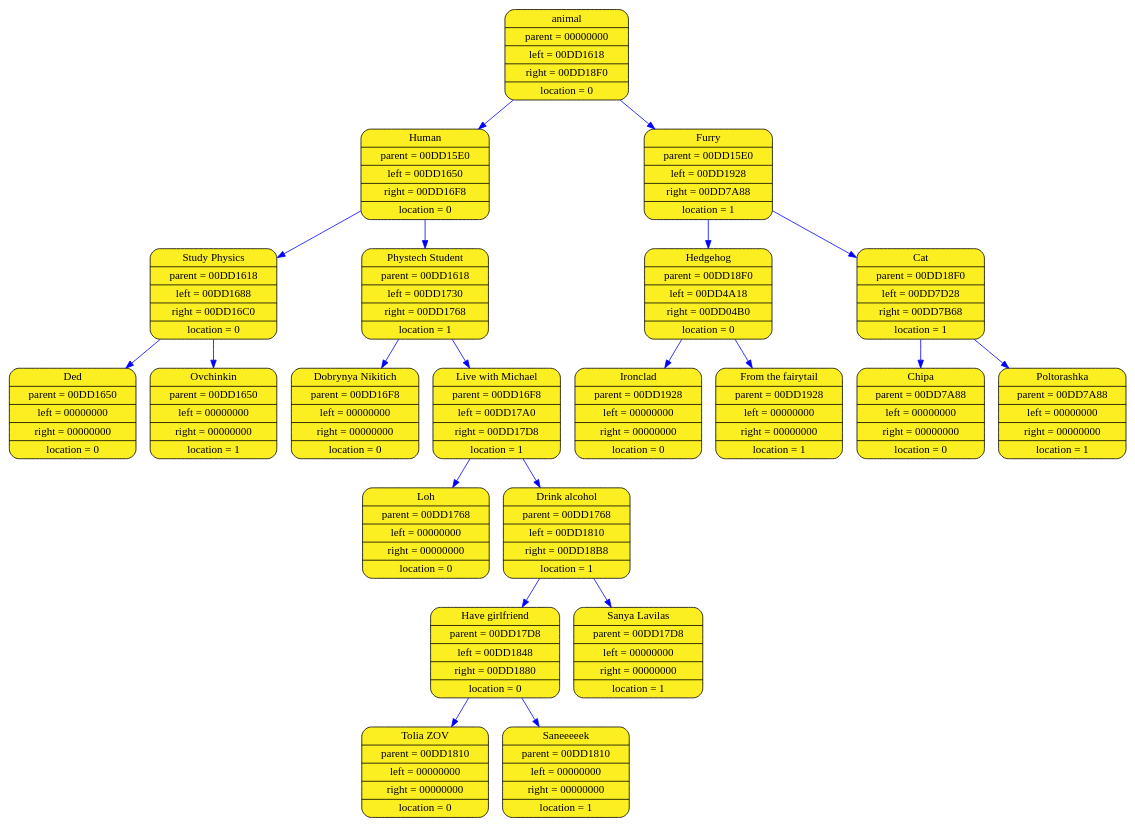
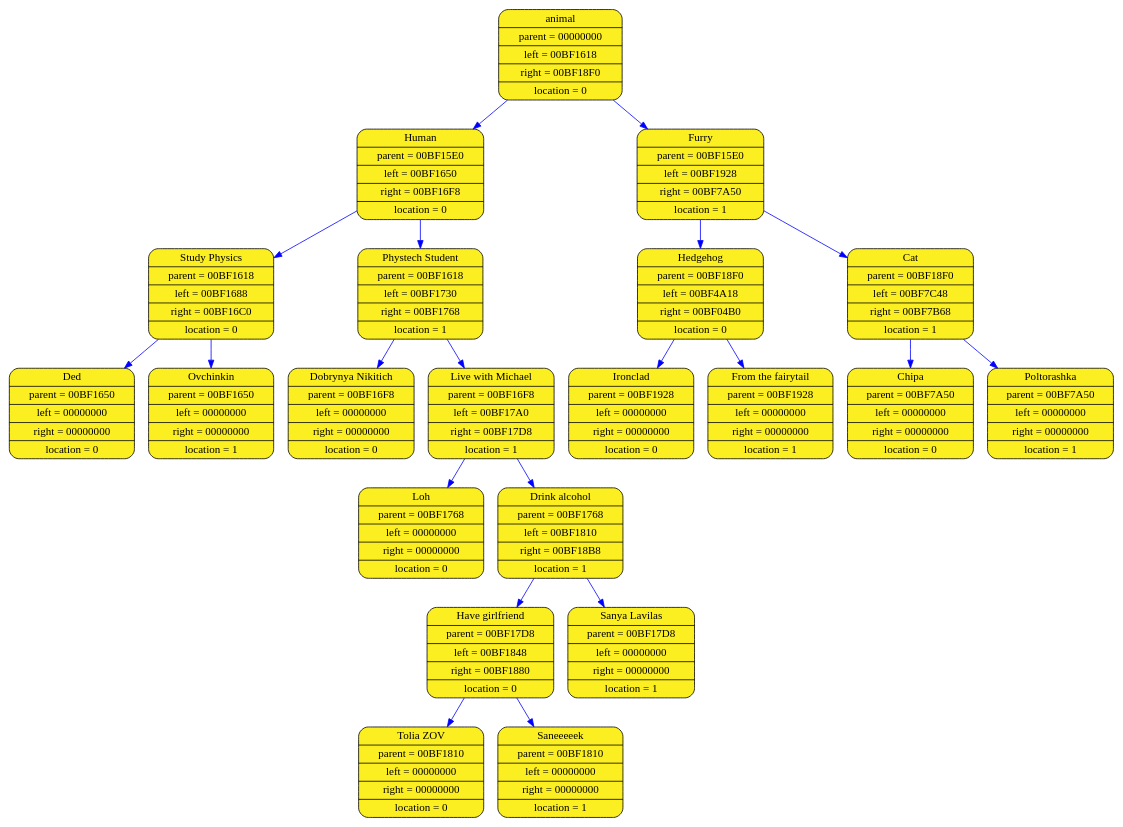
The diagram in log_folder_acinator/acinator_graph.dot (aywert/ACINATOR), drawn with Graphviz before and after one commit. The commit also changed 2 other files, not shown here.

```diff
--- a/log_folder_acinator/acinator_graph.dot
+++ b/log_folder_acinator/acinator_graph.dot
@@ -1,45 +1,45 @@
 digraph list
 {
 rankdir=HR;
-	14489060 [shape = Mrecord; style = filled; fillcolor="#FBEE21"; color = "#000000"; fontcolor = "#000000"; label = "{ animal| parent = 00000000| left = 00DD1618| right = 00DD18F0| location = 0}"];
-	14489116 [shape = Mrecord; style = filled; fillcolor="#FBEE21"; color = "#000000"; fontcolor = "#000000"; label = "{ Human| parent = 00DD15E0| left = 00DD1650| right = 00DD16F8| location = 0}"];
-	14489060 -> 14489116 [color="blue"]
-	14489172 [shape = Mrecord; style = filled; fillcolor="#FBEE21"; color = "#000000"; fontcolor = "#000000"; label = "{ Study Physics| parent = 00DD1618| left = 00DD1688| right = 00DD16C0| location = 0}"];
-	14489116 -> 14489172 [color="blue"]
-	14489228 [shape = Mrecord; style = filled; fillcolor="#FBEE21"; color = "#000000"; fontcolor = "#000000"; label = "{ Ded| parent = 00DD1650| left = 00000000| right = 00000000| location = 0}"];
-	14489172 -> 14489228 [color="blue"]
-	14489284 [shape = Mrecord; style = filled; fillcolor="#FBEE21"; color = "#000000"; fontcolor = "#000000"; label = "{ Ovchinkin| parent = 00DD1650| left = 00000000| right = 00000000| location = 1}"];
-	14489172 -> 14489284 [color="blue"]
-	14489340 [shape = Mrecord; style = filled; fillcolor="#FBEE21"; color = "#000000"; fontcolor = "#000000"; label = "{ Phystech Student| parent = 00DD1618| left = 00DD1730| right = 00DD1768| location = 1}"];
-	14489116 -> 14489340 [color="blue"]
-	14489396 [shape = Mrecord; style = filled; fillcolor="#FBEE21"; color = "#000000"; fontcolor = "#000000"; label = "{ Dobrynya Nikitich| parent = 00DD16F8| left = 00000000| right = 00000000| location = 0}"];
-	14489340 -> 14489396 [color="blue"]
-	14489452 [shape = Mrecord; style = filled; fillcolor="#FBEE21"; color = "#000000"; fontcolor = "#000000"; label = "{ Live with Michael| parent = 00DD16F8| left = 00DD17A0| right = 00DD17D8| location = 1}"];
-	14489340 -> 14489452 [color="blue"]
-	14489508 [shape = Mrecord; style = filled; fillcolor="#FBEE21"; color = "#000000"; fontcolor = "#000000"; label = "{ Loh| parent = 00DD1768| left = 00000000| right = 00000000| location = 0}"];
-	14489452 -> 14489508 [color="blue"]
-	14489564 [shape = Mrecord; style = filled; fillcolor="#FBEE21"; color = "#000000"; fontcolor = "#000000"; label = "{ Drink alcohol| parent = 00DD1768| left = 00DD1810| right = 00DD18B8| location = 1}"];
-	14489452 -> 14489564 [color="blue"]
-	14489620 [shape = Mrecord; style = filled; fillcolor="#FBEE21"; color = "#000000"; fontcolor = "#000000"; label = "{ Have girlfriend| parent = 00DD17D8| left = 00DD1848| right = 00DD1880| location = 0}"];
-	14489564 -> 14489620 [color="blue"]
-	14489676 [shape = Mrecord; style = filled; fillcolor="#FBEE21"; color = "#000000"; fontcolor = "#000000"; label = "{ Tolia ZOV| parent = 00DD1810| left = 00000000| right = 00000000| location = 0}"];
-	14489620 -> 14489676 [color="blue"]
-	14489732 [shape = Mrecord; style = filled; fillcolor="#FBEE21"; color = "#000000"; fontcolor = "#000000"; label = "{ Saneeeeek| parent = 00DD1810| left = 00000000| right = 00000000| location = 1}"];
-	14489620 -> 14489732 [color="blue"]
-	14489788 [shape = Mrecord; style = filled; fillcolor="#FBEE21"; color = "#000000"; fontcolor = "#000000"; label = "{ Sanya Lavilas| parent = 00DD17D8| left = 00000000| right = 00000000| location = 1}"];
-	14489564 -> 14489788 [color="blue"]
-	14489844 [shape = Mrecord; style = filled; fillcolor="#FBEE21"; color = "#000000"; fontcolor = "#000000"; label = "{ Furry| parent = 00DD15E0| left = 00DD1928| right = 00DD7A88| location = 1}"];
-	14489060 -> 14489844 [color="blue"]
-	14489900 [shape = Mrecord; style = filled; fillcolor="#FBEE21"; color = "#000000"; fontcolor = "#000000"; label = "{ Hedgehog| parent = 00DD18F0| left = 00DD4A18| right = 00DD04B0| location = 0}"];
-	14489844 -> 14489900 [color="blue"]
-	14502428 [shape = Mrecord; style = filled; fillcolor="#FBEE21"; color = "#000000"; fontcolor = "#000000"; label = "{ Ironclad| parent = 00DD1928| left = 00000000| right = 00000000| location = 0}"];
-	14489900 -> 14502428 [color="blue"]
-	14484660 [shape = Mrecord; style = filled; fillcolor="#FBEE21"; color = "#000000"; fontcolor = "#000000"; label = "{ From the fairytail| parent = 00DD1928| left = 00000000| right = 00000000| location = 1}"];
-	14489900 -> 14484660 [color="blue"]
-	14514828 [shape = Mrecord; style = filled; fillcolor="#FBEE21"; color = "#000000"; fontcolor = "#000000"; label = "{ Cat| parent = 00DD18F0| left = 00DD7D28| right = 00DD7B68| location = 1}"];
-	14489844 -> 14514828 [color="blue"]
-	14515500 [shape = Mrecord; style = filled; fillcolor="#FBEE21"; color = "#000000"; fontcolor = "#000000"; label = "{ Chipa| parent = 00DD7A88| left = 00000000| right = 00000000| location = 0}"];
-	14514828 -> 14515500 [color="blue"]
-	14515052 [shape = Mrecord; style = filled; fillcolor="#FBEE21"; color = "#000000"; fontcolor = "#000000"; label = "{ Poltorashka| parent = 00DD7A88| left = 00000000| right = 00000000| location = 1}"];
-	14514828 -> 14515052 [color="blue"]
+	12522980 [shape = Mrecord; style = filled; fillcolor="#FBEE21"; color = "#000000"; fontcolor = "#000000"; label = "{ animal| parent = 00000000| left = 00BF1618| right = 00BF18F0| location = 0}"];
+	12523036 [shape = Mrecord; style = filled; fillcolor="#FBEE21"; color = "#000000"; fontcolor = "#000000"; label = "{ Human| parent = 00BF15E0| left = 00BF1650| right = 00BF16F8| location = 0}"];
+	12522980 -> 12523036 [color="blue"]
+	12523092 [shape = Mrecord; style = filled; fillcolor="#FBEE21"; color = "#000000"; fontcolor = "#000000"; label = "{ Study Physics| parent = 00BF1618| left = 00BF1688| right = 00BF16C0| location = 0}"];
+	12523036 -> 12523092 [color="blue"]
+	12523148 [shape = Mrecord; style = filled; fillcolor="#FBEE21"; color = "#000000"; fontcolor = "#000000"; label = "{ Ded| parent = 00BF1650| left = 00000000| right = 00000000| location = 0}"];
+	12523092 -> 12523148 [color="blue"]
+	12523204 [shape = Mrecord; style = filled; fillcolor="#FBEE21"; color = "#000000"; fontcolor = "#000000"; label = "{ Ovchinkin| parent = 00BF1650| left = 00000000| right = 00000000| location = 1}"];
+	12523092 -> 12523204 [color="blue"]
+	12523260 [shape = Mrecord; style = filled; fillcolor="#FBEE21"; color = "#000000"; fontcolor = "#000000"; label = "{ Phystech Student| parent = 00BF1618| left = 00BF1730| right = 00BF1768| location = 1}"];
+	12523036 -> 12523260 [color="blue"]
+	12523316 [shape = Mrecord; style = filled; fillcolor="#FBEE21"; color = "#000000"; fontcolor = "#000000"; label = "{ Dobrynya Nikitich| parent = 00BF16F8| left = 00000000| right = 00000000| location = 0}"];
+	12523260 -> 12523316 [color="blue"]
+	12523372 [shape = Mrecord; style = filled; fillcolor="#FBEE21"; color = "#000000"; fontcolor = "#000000"; label = "{ Live with Michael| parent = 00BF16F8| left = 00BF17A0| right = 00BF17D8| location = 1}"];
+	12523260 -> 12523372 [color="blue"]
+	12523428 [shape = Mrecord; style = filled; fillcolor="#FBEE21"; color = "#000000"; fontcolor = "#000000"; label = "{ Loh| parent = 00BF1768| left = 00000000| right = 00000000| location = 0}"];
+	12523372 -> 12523428 [color="blue"]
+	12523484 [shape = Mrecord; style = filled; fillcolor="#FBEE21"; color = "#000000"; fontcolor = "#000000"; label = "{ Drink alcohol| parent = 00BF1768| left = 00BF1810| right = 00BF18B8| location = 1}"];
+	12523372 -> 12523484 [color="blue"]
+	12523540 [shape = Mrecord; style = filled; fillcolor="#FBEE21"; color = "#000000"; fontcolor = "#000000"; label = "{ Have girlfriend| parent = 00BF17D8| left = 00BF1848| right = 00BF1880| location = 0}"];
+	12523484 -> 12523540 [color="blue"]
+	12523596 [shape = Mrecord; style = filled; fillcolor="#FBEE21"; color = "#000000"; fontcolor = "#000000"; label = "{ Tolia ZOV| parent = 00BF1810| left = 00000000| right = 00000000| location = 0}"];
+	12523540 -> 12523596 [color="blue"]
+	12523652 [shape = Mrecord; style = filled; fillcolor="#FBEE21"; color = "#000000"; fontcolor = "#000000"; label = "{ Saneeeeek| parent = 00BF1810| left = 00000000| right = 00000000| location = 1}"];
+	12523540 -> 12523652 [color="blue"]
+	12523708 [shape = Mrecord; style = filled; fillcolor="#FBEE21"; color = "#000000"; fontcolor = "#000000"; label = "{ Sanya Lavilas| parent = 00BF17D8| left = 00000000| right = 00000000| location = 1}"];
+	12523484 -> 12523708 [color="blue"]
+	12523764 [shape = Mrecord; style = filled; fillcolor="#FBEE21"; color = "#000000"; fontcolor = "#000000"; label = "{ Furry| parent = 00BF15E0| left = 00BF1928| right = 00BF7A50| location = 1}"];
+	12522980 -> 12523764 [color="blue"]
+	12523820 [shape = Mrecord; style = filled; fillcolor="#FBEE21"; color = "#000000"; fontcolor = "#000000"; label = "{ Hedgehog| parent = 00BF18F0| left = 00BF4A18| right = 00BF04B0| location = 0}"];
+	12523764 -> 12523820 [color="blue"]
+	12536348 [shape = Mrecord; style = filled; fillcolor="#FBEE21"; color = "#000000"; fontcolor = "#000000"; label = "{ Ironclad| parent = 00BF1928| left = 00000000| right = 00000000| location = 0}"];
+	12523820 -> 12536348 [color="blue"]
+	12518580 [shape = Mrecord; style = filled; fillcolor="#FBEE21"; color = "#000000"; fontcolor = "#000000"; label = "{ From the fairytail| parent = 00BF1928| left = 00000000| right = 00000000| location = 1}"];
+	12523820 -> 12518580 [color="blue"]
+	12548692 [shape = Mrecord; style = filled; fillcolor="#FBEE21"; color = "#000000"; fontcolor = "#000000"; label = "{ Cat| parent = 00BF18F0| left = 00BF7C48| right = 00BF7B68| location = 1}"];
+	12523764 -> 12548692 [color="blue"]
+	12549196 [shape = Mrecord; style = filled; fillcolor="#FBEE21"; color = "#000000"; fontcolor = "#000000"; label = "{ Chipa| parent = 00BF7A50| left = 00000000| right = 00000000| location = 0}"];
+	12548692 -> 12549196 [color="blue"]
+	12548972 [shape = Mrecord; style = filled; fillcolor="#FBEE21"; color = "#000000"; fontcolor = "#000000"; label = "{ Poltorashka| parent = 00BF7A50| left = 00000000| right = 00000000| location = 1}"];
+	12548692 -> 12548972 [color="blue"]
 	}
```
